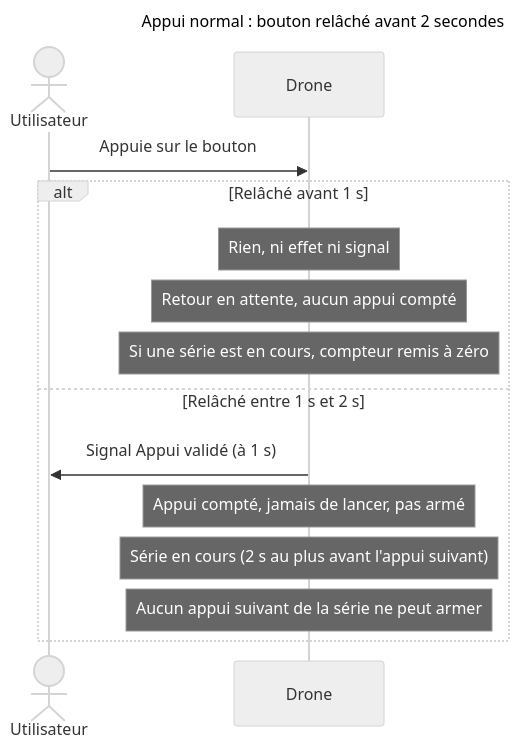
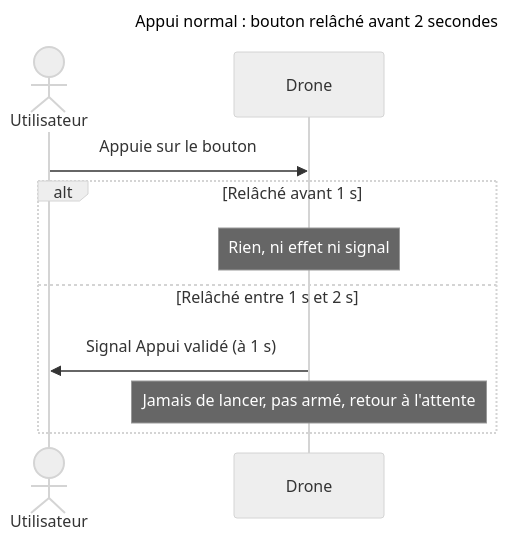
One commit to thourymatthieu-png/coworker_archi_system changed the eighth of 16 diagrams in projets/boomrone/00-scenarios.md. Above: the diagram before and after it, drawn with Mermaid (neutral theme). The commit also changed other lines of this file and 11 other files, not shown here.

````diff
--- a/projets/boomrone/00-scenarios.md
+++ b/projets/boomrone/00-scenarios.md
@@ -590,19 +598,15 @@
 ```mermaid
 ---
 title: "Appui normal : bouton relâché avant 2 secondes"
 ---
 sequenceDiagram
     actor U as Utilisateur
     participant D as Drone
     U->>D: Appuie sur le bouton
     alt Relâché avant 1 s
         Note over D: Rien, ni effet ni signal
-        Note over D: Retour en attente, aucun appui compté
-        Note over D: Si une série est en cours, compteur remis à zéro
     else Relâché entre 1 s et 2 s
         D->>U: Signal Appui validé (à 1 s)
-        Note over D: Appui compté, jamais de lancer, pas armé
-        Note over D: Série en cours (2 s au plus avant l'appui suivant)
-        Note over D: Aucun appui suivant de la série ne peut armer
+        Note over D: Jamais de lancer, pas armé, retour à l'attente
     end
 ```
````
